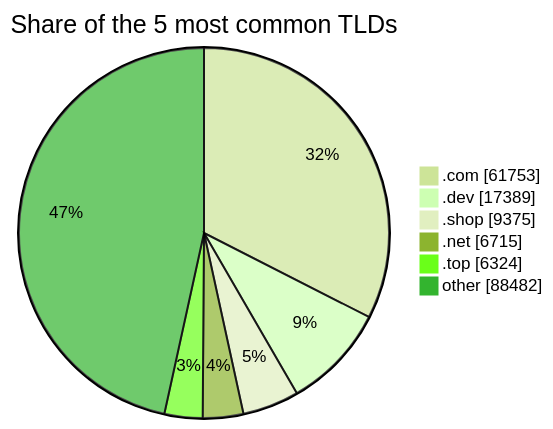
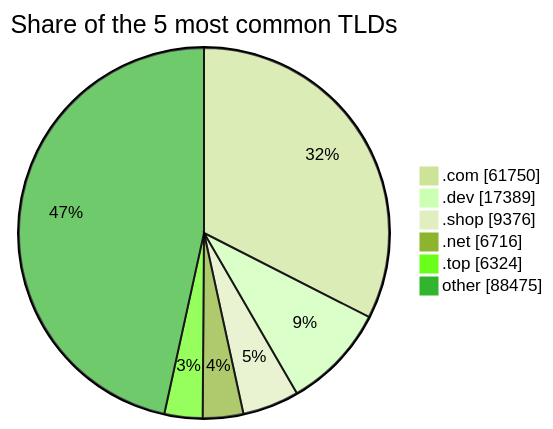
The third of 3 diagrams in README.md (DNSBunker/CTI), drawn with Mermaid (forest theme) before and after one commit. The commit also changed other lines of this file and 3 other files, not shown here.

````diff
--- a/README.md
+++ b/README.md
@@ -81,9 +81,9 @@
 ```mermaid
 pie showData title Share of the 5 most common TLDs
-    ".com" : 61753
+    ".com" : 61750
     ".dev" : 17389
-    ".shop" : 9375
-    ".net" : 6715
+    ".shop" : 9376
+    ".net" : 6716
     ".top" : 6324
-    "other" : 88482
+    "other" : 88475
 ```
````
